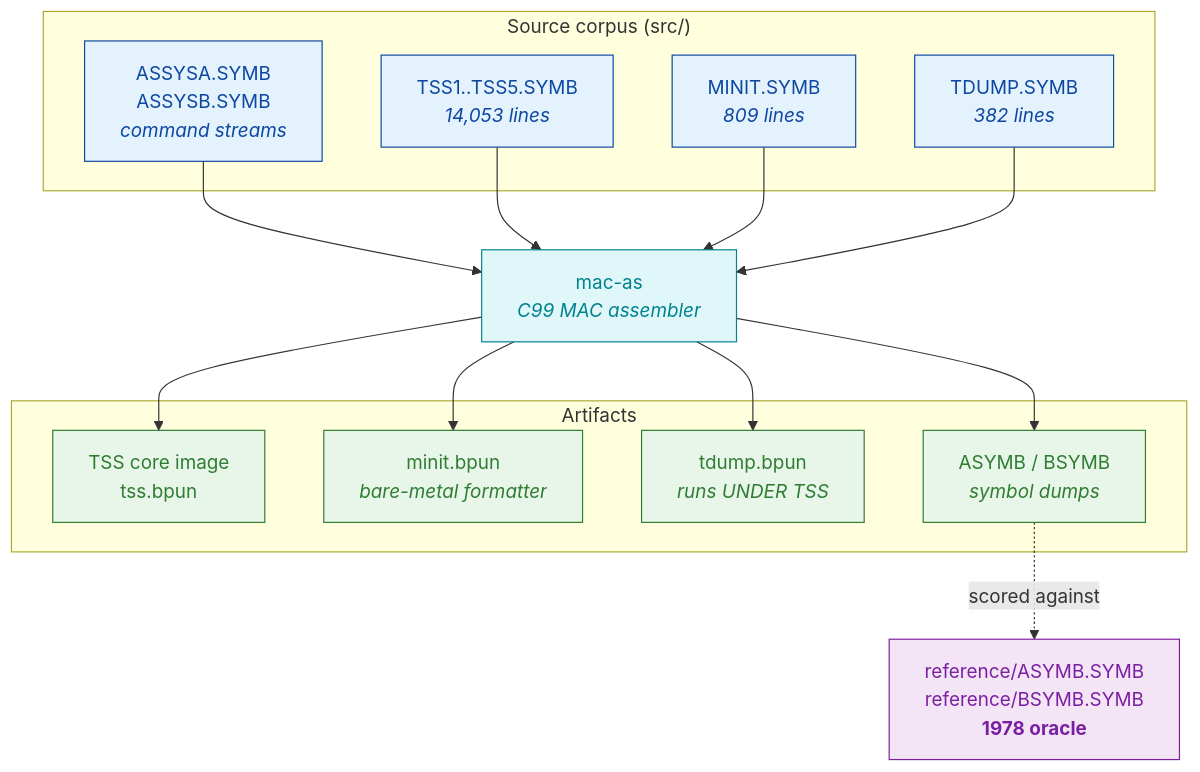
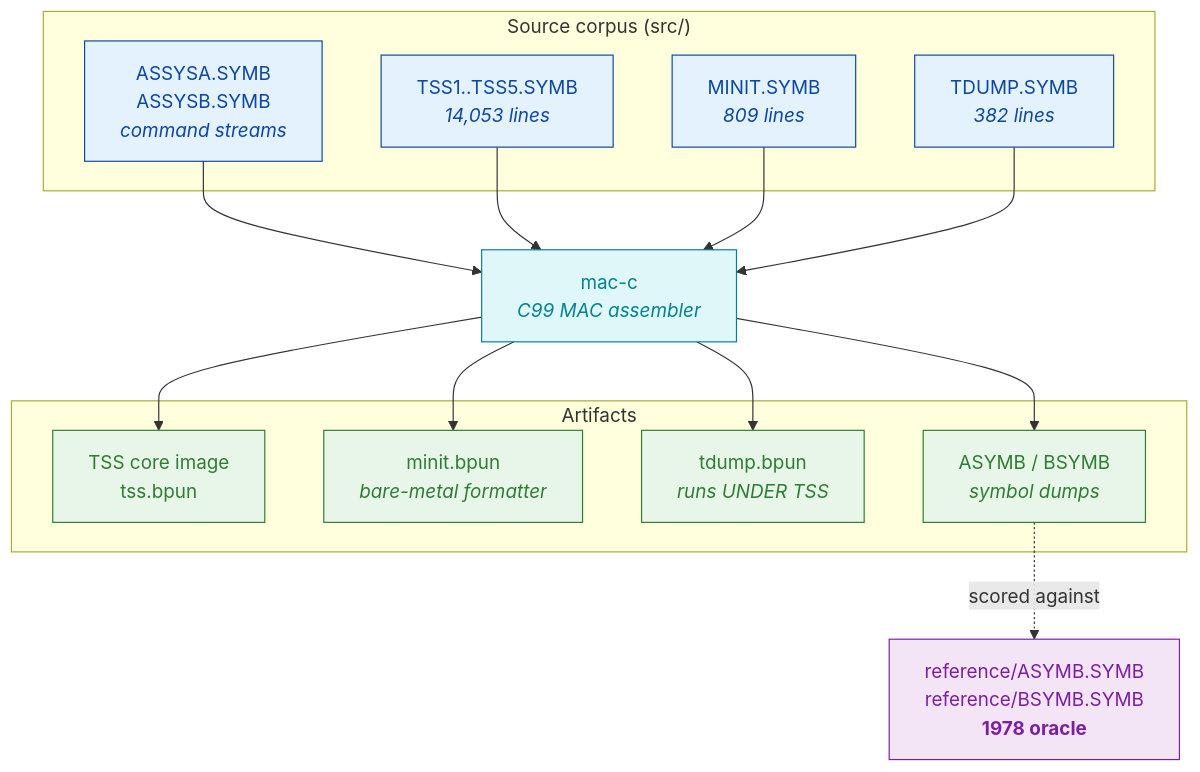
One commit to RetroCoreLabs/TSS changed the first of 6 diagrams in docs/TSS-SOURCE-FILES.md. Above: the diagram before and after it, drawn with Mermaid. The commit also changed other lines of this file and 27 other files, not shown here.

First line of the commit message:
build: rename the assembler binary to mac-c

````diff
--- a/docs/TSS-SOURCE-FILES.md
+++ b/docs/TSS-SOURCE-FILES.md
@@ -90,39 +90,39 @@
 ```mermaid
 flowchart TB
     subgraph SRC["Source corpus (src/)"]
         A1["ASSYSA.SYMB<br/>ASSYSB.SYMB<br/><i>command streams</i>"]
         T15["TSS1..TSS5.SYMB<br/><i>14,053 lines</i>"]
         MI["MINIT.SYMB<br/><i>809 lines</i>"]
         TD["TDUMP.SYMB<br/><i>382 lines</i>"]
     end
 
-    MAC["mac-as<br/><i>C99 MAC assembler</i>"]
+    MAC["mac-c<br/><i>C99 MAC assembler</i>"]
 
     subgraph OUT["Artifacts"]
         OS["TSS core image<br/>tss.bpun"]
         MB["minit.bpun<br/><i>bare-metal formatter</i>"]
         TB["tdump.bpun<br/><i>runs UNDER TSS</i>"]
         SYM["ASYMB / BSYMB<br/><i>symbol dumps</i>"]
     end
 
     GOLD["reference/ASYMB.SYMB<br/>reference/BSYMB.SYMB<br/><b>1978 oracle</b>"]
 
     A1 --> MAC
     T15 --> MAC
     MI --> MAC
     TD --> MAC
     MAC --> OS
     MAC --> MB
     MAC --> TB
     MAC --> SYM
     SYM -.->|"scored against"| GOLD
 
     classDef input fill:#E3F2FD,stroke:#0D47A1,color:#0D47A1
     classDef proc fill:#E0F7FA,stroke:#00838F,color:#00838F
     classDef output fill:#E8F5E9,stroke:#2E7D32,color:#2E7D32
     classDef oracle fill:#F3E5F5,stroke:#7B1FA2,color:#7B1FA2
     class A1,T15,MI,TD input
     class MAC proc
     class OS,MB,TB,SYM output
     class GOLD oracle
 ```
````
